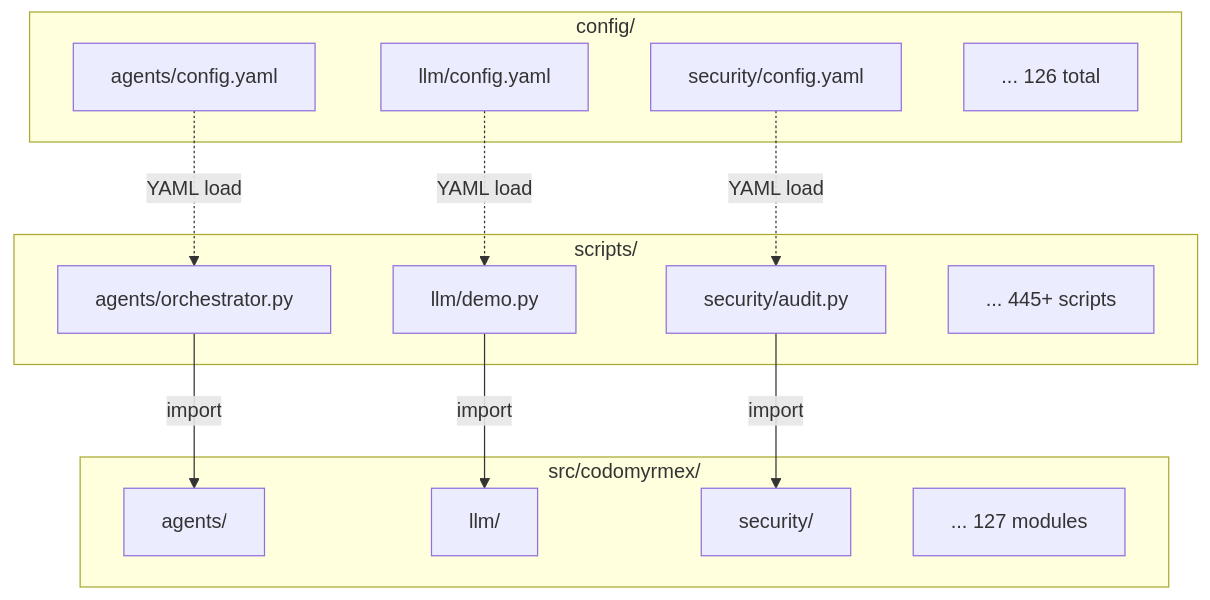
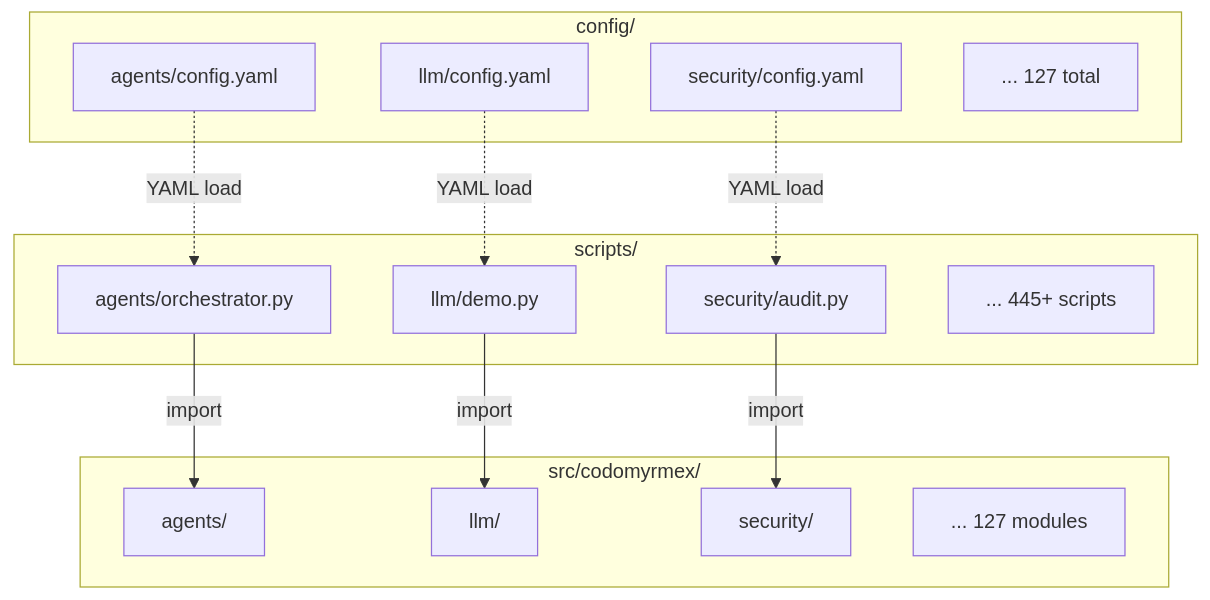
One commit to docxology/codomyrmex changed the sixth of 7 diagrams in .github/README.md. Above: the diagram before and after it, drawn with Mermaid. The commit also changed other lines of this file, not shown here.

````diff
--- a/.github/README.md
+++ b/.github/README.md
@@ -523,30 +577,30 @@
 ```mermaid
 graph TB
     subgraph ConfigRoot["config/"]
         C1["agents/config.yaml"]
         C2["llm/config.yaml"]
         C3["security/config.yaml"]
-        Cdots["... 126 total"]
+        Cdots["... 127 total"]
     end
 
     subgraph Scripts["scripts/"]
         S1["agents/orchestrator.py"]
         S2["llm/demo.py"]
         S3["security/audit.py"]
         Sdots["... 445+ scripts"]
     end
 
     subgraph Source["src/codomyrmex/"]
         Src1["agents/"]
         Src2["llm/"]
         Src3["security/"]
         SrcDots["... 127 modules"]
     end
 
     C1 -.->|"YAML load"| S1
     C2 -.->|"YAML load"| S2
     C3 -.->|"YAML load"| S3
     S1 -->|"import"| Src1
     S2 -->|"import"| Src2
     S3 -->|"import"| Src3
 ```
````
